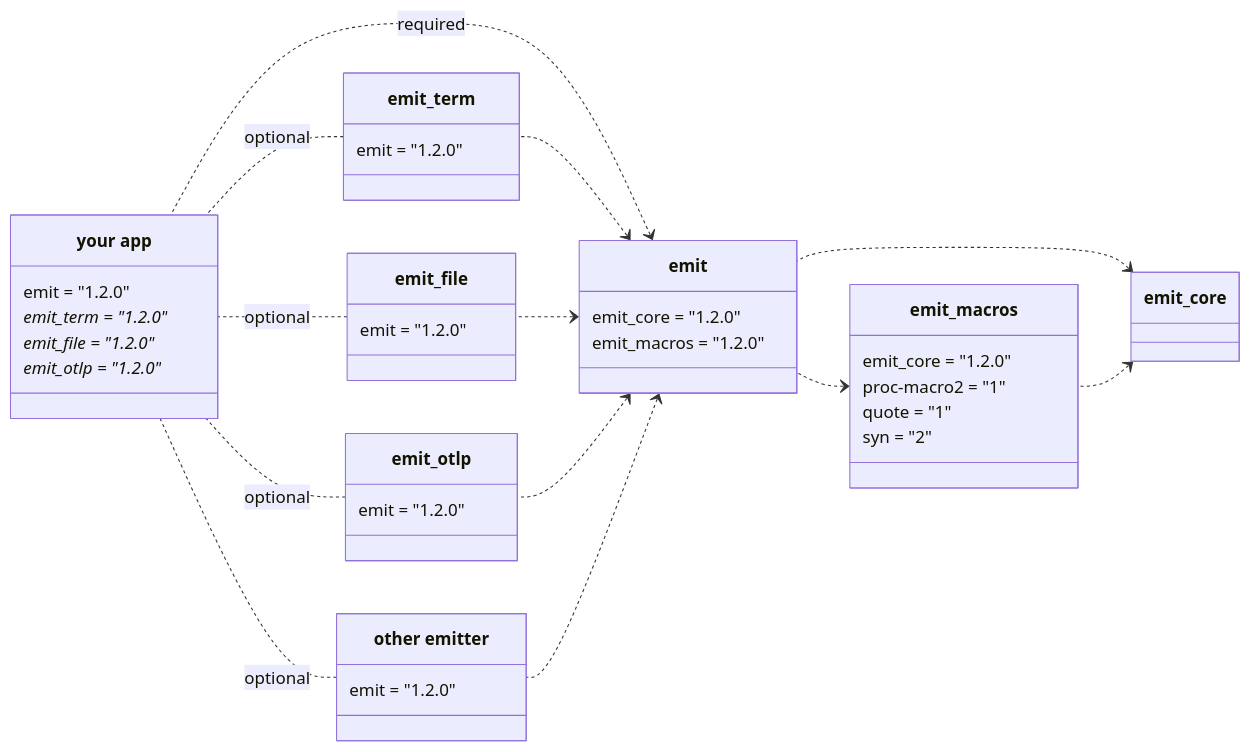
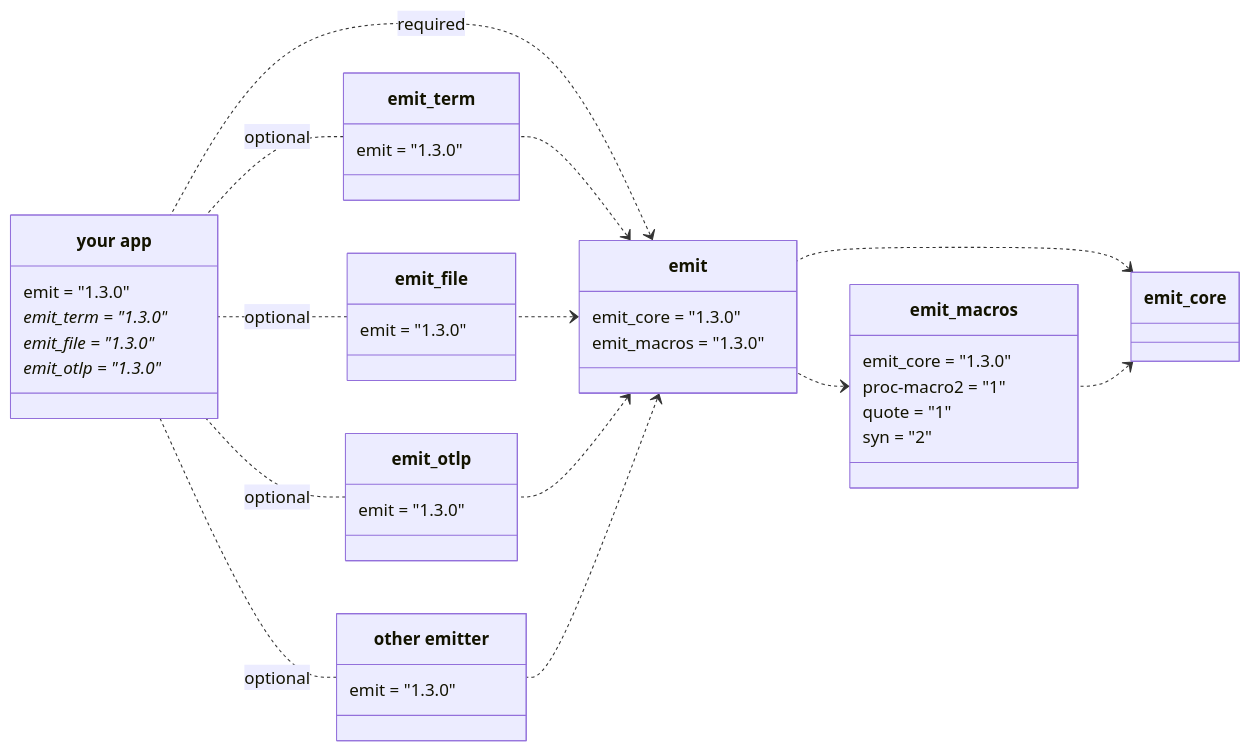
One commit to emit-rs/emit changed the first of 5 diagrams in book/src/reference/architecture.md. Above: the diagram before and after it, drawn with Mermaid. The commit also changed other lines of this file and 60 other files, not shown here.

````diff
--- a/book/src/reference/architecture.md
+++ b/book/src/reference/architecture.md
@@ -9,62 +9,62 @@
 ```mermaid
 classDiagram
     direction RL
     
     emit_core <.. emit_macros
     emit_core <.. emit
     emit_macros <.. emit
 
     class emit_macros {
-        emit_core = "1.2.0"
+        emit_core = "1.3.0"
         proc-macro2 = "1"
         quote = "1"
         syn = "2"
     }
 
     emit <.. emit_term
     emit <.. emit_file
     emit <.. emit_otlp
     emit <.. emit_custom
 
     emit <.. app : required
 
     class emit {
-        emit_core = "1.2.0"
-        emit_macros = "1.2.0"
+        emit_core = "1.3.0"
+        emit_macros = "1.3.0"
     }
 
     emit_term .. app : optional
     emit_file .. app : optional
     emit_otlp .. app : optional
     emit_custom .. app : optional
 
     class emit_term {
-        emit = "1.2.0"
+        emit = "1.3.0"
     }
 
     class emit_file {
-        emit = "1.2.0"
+        emit = "1.3.0"
     }
 
     class emit_otlp {
-        emit = "1.2.0"
+        emit = "1.3.0"
     }
 
     class emit_custom["other emitter"] {
-        emit = "1.2.0"
+        emit = "1.3.0"
     }
 
     class app["your app"] {
-        emit = "1.2.0"
-        emit_term = "1.2.0"*
-        emit_file = "1.2.0"*
-        emit_otlp = "1.2.0"*
+        emit = "1.3.0"
+        emit_term = "1.3.0"*
+        emit_file = "1.3.0"*
+        emit_otlp = "1.3.0"*
     }
 
-    click emit_core href "https://docs.rs/emit_core/1.2.0/emit_core/index.html"
-    click emit_macros href "https://docs.rs/emit_macros/1.2.0/emit_macros/index.html"
-    click emit href "https://docs.rs/emit/1.2.0/emit/index.html"
-    click emit_term href "https://docs.rs/emit_term/1.2.0/emit_term/index.html"
-    click emit_file href "https://docs.rs/emit_file/1.2.0/emit_file/index.html"
-    click emit_otlp href "https://docs.rs/emit_otlp/1.2.0/emit_otlp/index.html"
+    click emit_core href "https://docs.rs/emit_core/1.3.0/emit_core/index.html"
+    click emit_macros href "https://docs.rs/emit_macros/1.3.0/emit_macros/index.html"
+    click emit href "https://docs.rs/emit/1.3.0/emit/index.html"
+    click emit_term href "https://docs.rs/emit_term/1.3.0/emit_term/index.html"
+    click emit_file href "https://docs.rs/emit_file/1.3.0/emit_file/index.html"
+    click emit_otlp href "https://docs.rs/emit_otlp/1.3.0/emit_otlp/index.html"
 ```
````
